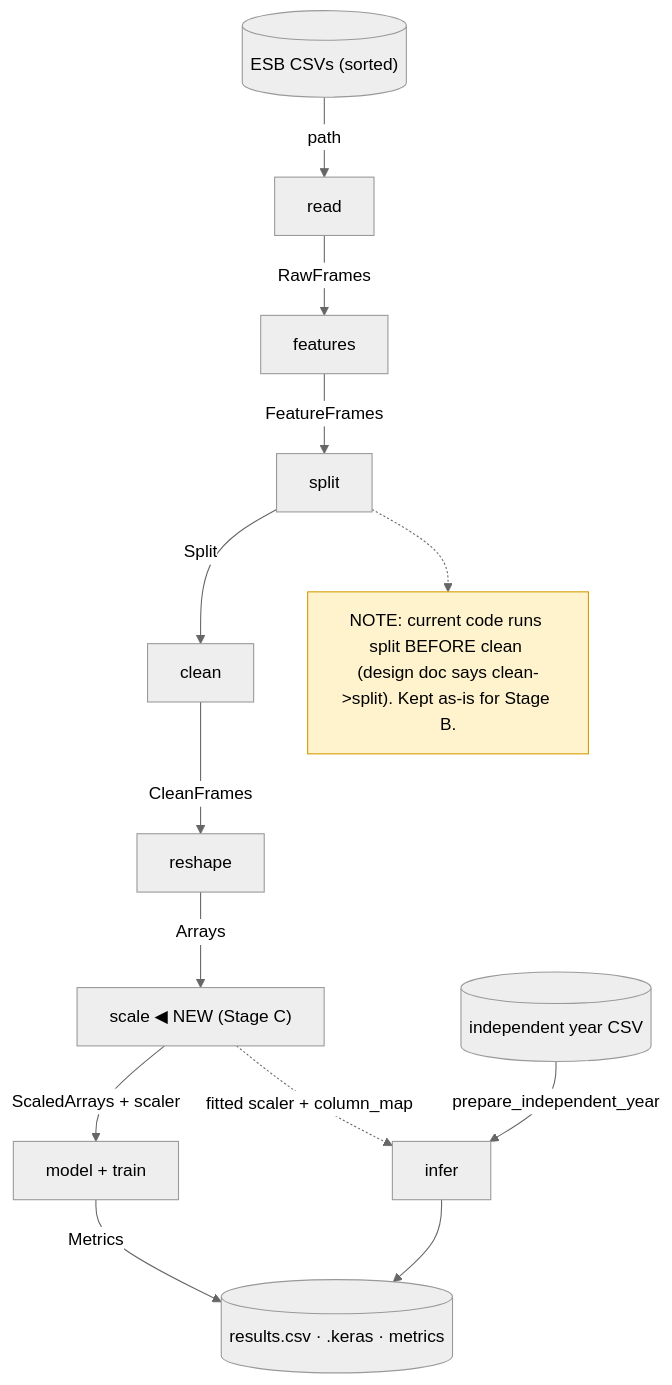
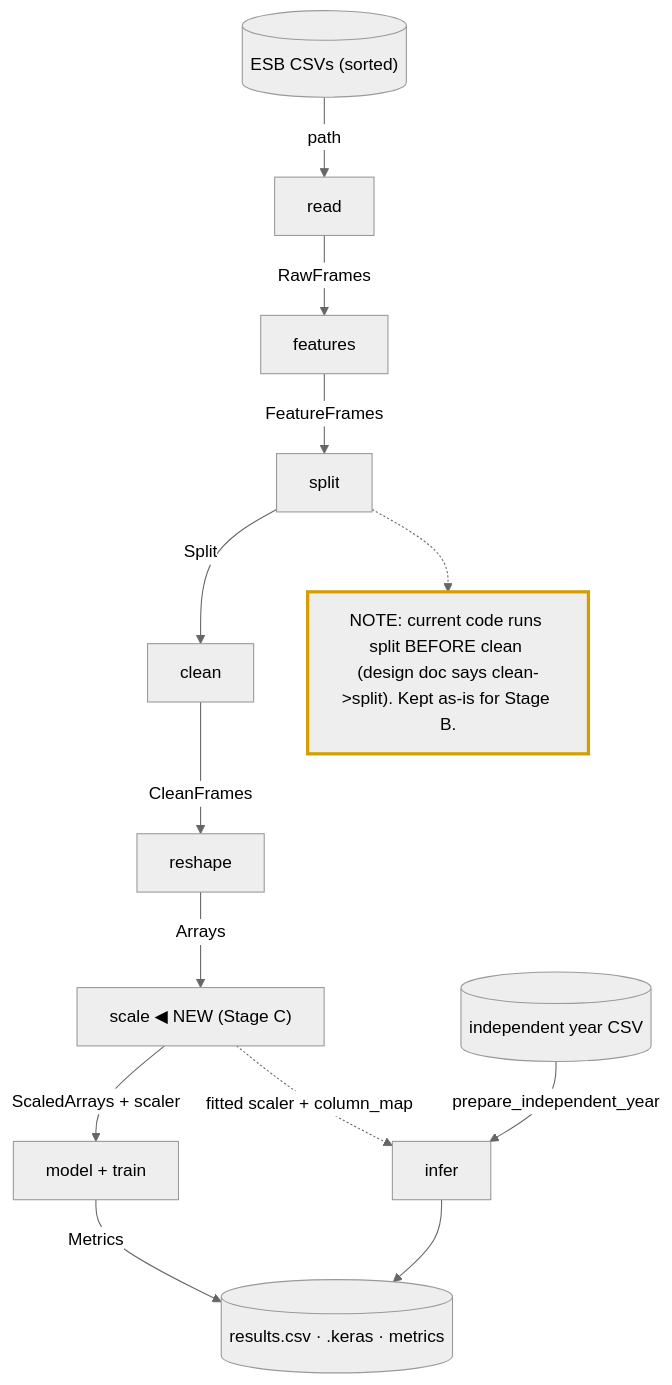
The third of 6 diagrams in docs/ESB_STAGE_A_REPORT.md (conrad-blucher-institute/UQ4ML_WaterTemp), drawn with Mermaid (neutral theme) before and after one commit. The commit also changed other lines of this file and 2 other files, not shown here.

First line of the commit message:
docs: dark-mode-readable mermaid diagrams (borders not fills)

````diff
--- a/docs/ESB_STAGE_A_REPORT.md
+++ b/docs/ESB_STAGE_A_REPORT.md
@@ -89,17 +95,17 @@
 ```mermaid
 flowchart TB
   csv[("ESB CSVs (sorted)")] -->|path| READ2["read"]
   READ2 -->|RawFrames| FEAT2["features"]
   FEAT2 -->|FeatureFrames| SPLIT2["split"]
   SPLIT2 -->|Split| CLEAN2["clean"]
   CLEAN2 -->|CleanFrames| RESHAPE2["reshape"]
   RESHAPE2 -->|Arrays| SCALE2["scale ◀ NEW (Stage C)"]
   SCALE2 -->|ScaledArrays + scaler| MODEL2["model + train"]
   MODEL2 -->|Metrics| OUT2[("results.csv · .keras · metrics")]
   indep[("independent year CSV")] -->|prepare_independent_year| INFER2["infer"]
   SCALE2 -.->|fitted scaler + column_map| INFER2
   INFER2 --> OUT2
   note["NOTE: current code runs split BEFORE clean (design doc says clean->split). Kept as-is for Stage B."]:::warn
   SPLIT2 -.-> note
-  classDef warn fill:#fff3cd,stroke:#d39e00;
+  classDef warn stroke:#d39e00,stroke-width:3px;
 ```
````
